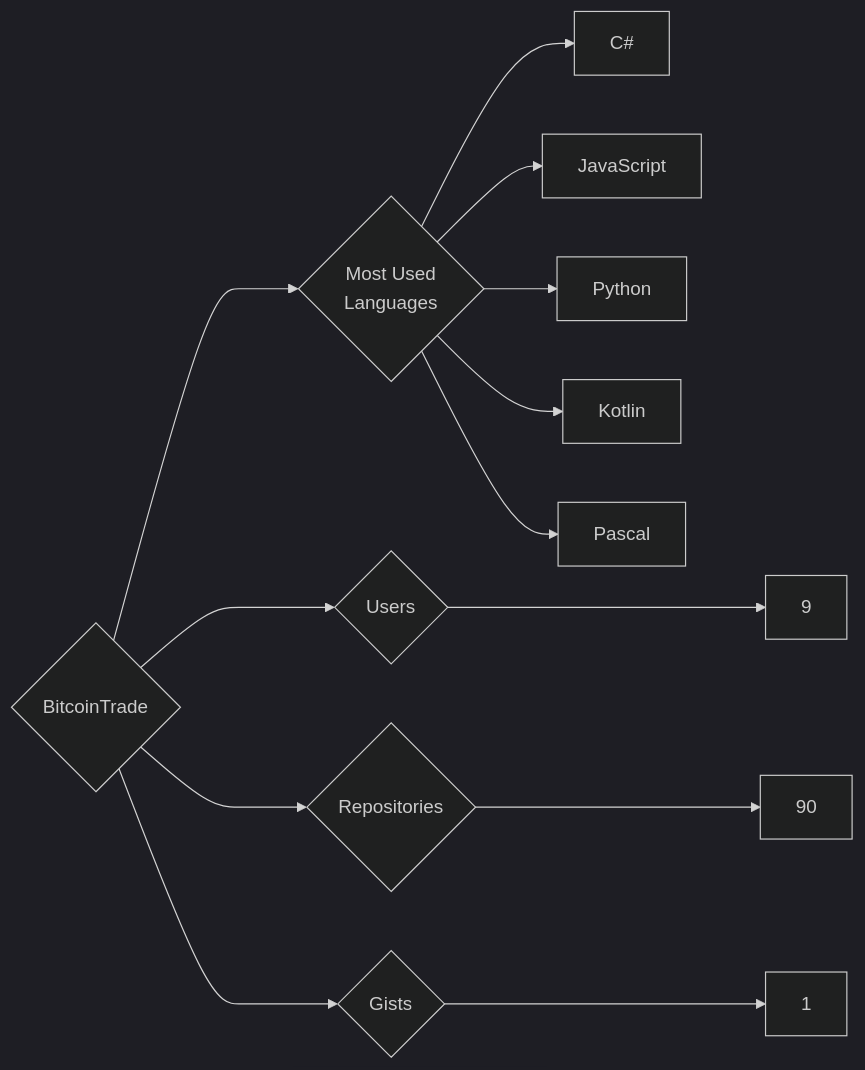
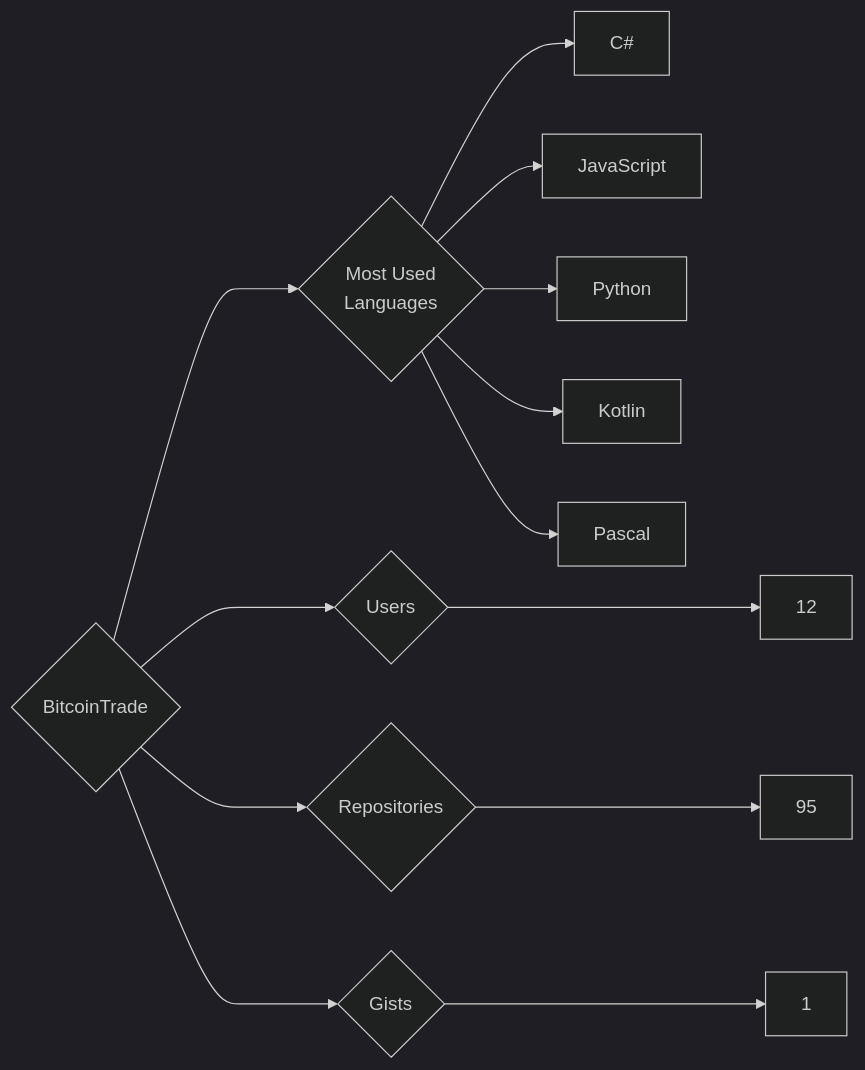
Before and after one commit to trickest/insiders: the diagram in targets/BitcoinTrade/README.md, drawn with Mermaid (dark theme). The commit also changed 783 other files, not shown here.

````diff
--- a/targets/BitcoinTrade/README.md
+++ b/targets/BitcoinTrade/README.md
@@ -3,13 +3,13 @@
 ```mermaid
 graph LR
 COMPANY_NAME{BitcoinTrade}
-COMPANY_NAME ---> U{Users} ---> UN[9]
-COMPANY_NAME ---> R{Repositories} ---> RN[90]
+COMPANY_NAME ---> U{Users} ---> UN[12]
+COMPANY_NAME ---> R{Repositories} ---> RN[95]
 COMPANY_NAME ---> G{Gists} ---> GN[1]
 COMPANY_NAME ---> ML{Most Used<br>Languages}
 ML --> C#[C#]
 ML --> JavaScript[JavaScript]
 ML --> Python[Python]
 ML --> Kotlin[Kotlin]
 ML --> Pascal[Pascal]
 ```
````
